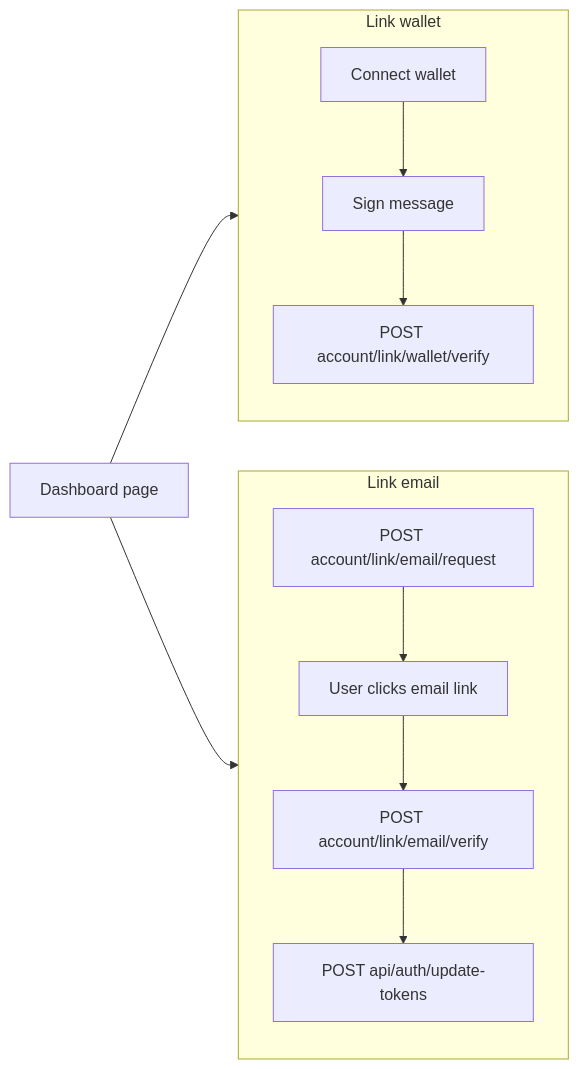
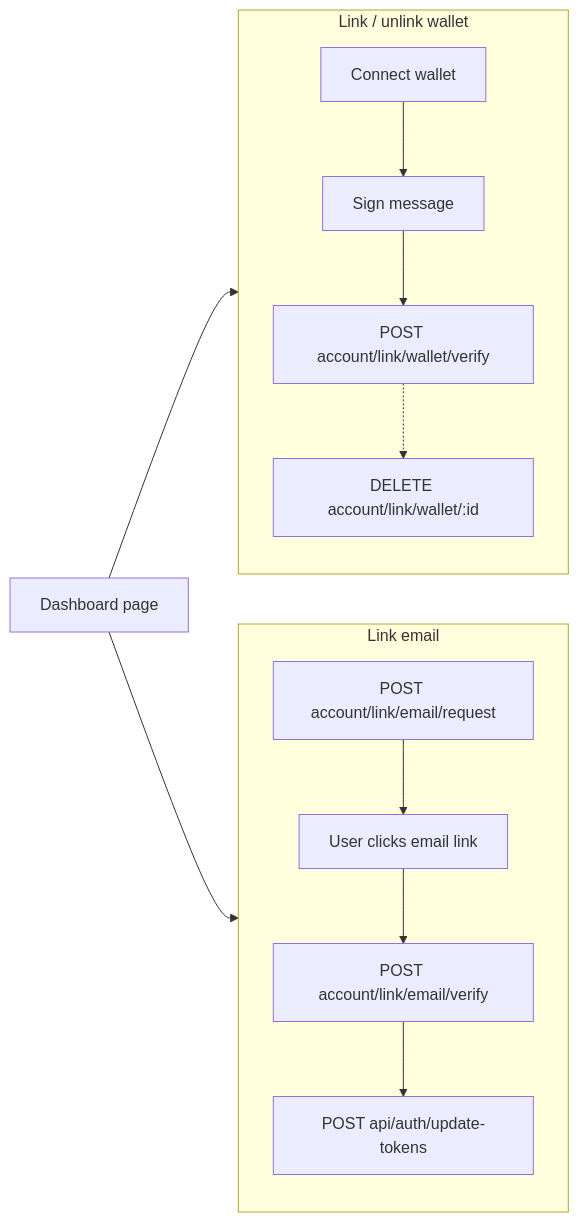
Before and after one commit to blockmatic/basilic: the third of 5 diagrams in apps/docu/content/docs/architecture/authentication.mdx, drawn with Mermaid. The commit also changed other lines of this file and 37 other files, not shown here.

````diff
--- a/apps/docu/content/docs/architecture/authentication.mdx
+++ b/apps/docu/content/docs/architecture/authentication.mdx
@@ -131,20 +131,22 @@
 ```mermaid
 flowchart LR
-  subgraph LinkWalletFlow [Link wallet]
+  subgraph LinkWalletFlow [Link / unlink wallet]
     Connect[Connect wallet]
     Sign[Sign message]
     Verify[POST account/link/wallet/verify]
+    Unlink[DELETE account/link/wallet/:id]
     Connect --> Sign --> Verify
+    Verify -.-> Unlink
   end
 
   subgraph LinkEmailFlow [Link email]
     Request[POST account/link/email/request]
     Email[User clicks email link]
     VerifyEmail[POST account/link/email/verify]
     UpdateTokens[POST api/auth/update-tokens]
     Request --> Email --> VerifyEmail --> UpdateTokens
   end
 
   Dashboard[Dashboard page] --> LinkWalletFlow
   Dashboard --> LinkEmailFlow
 ```
````
